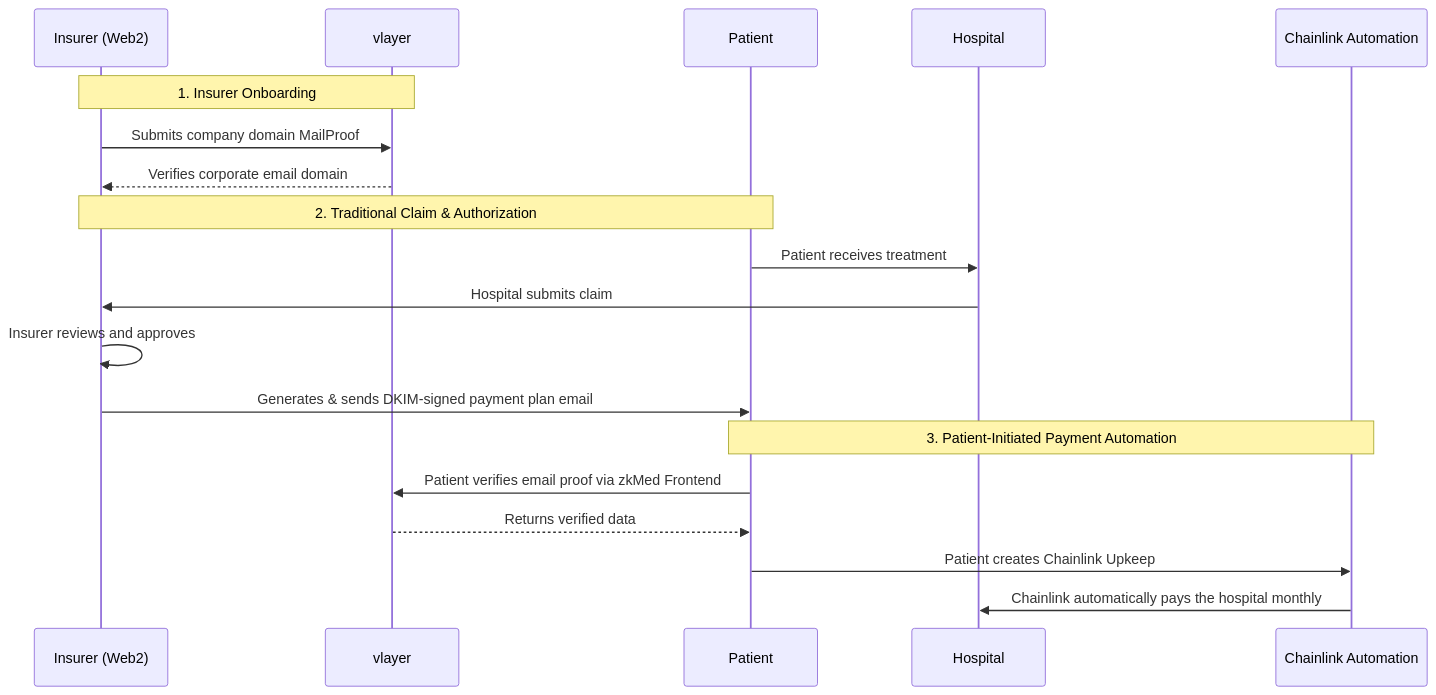
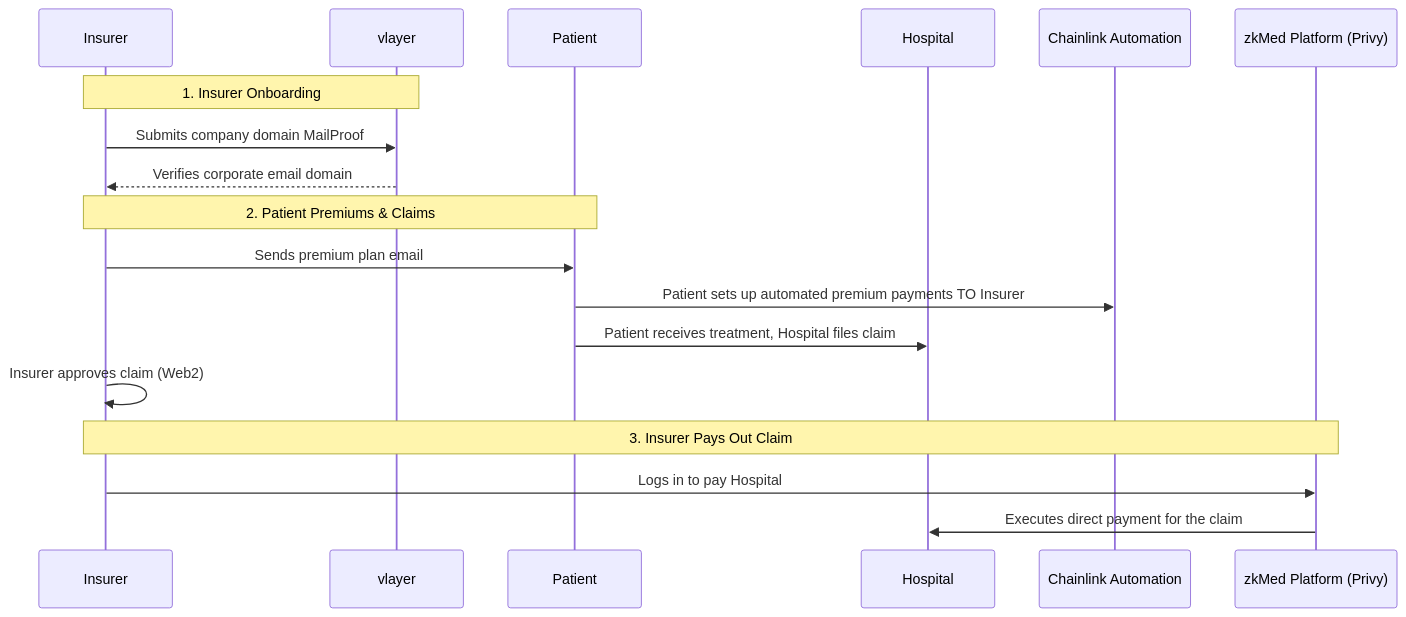
Before and after one commit to ppezzull/zkMed: the sixth of 6 diagrams in README.md, drawn with Mermaid. The commit also changed other lines of this file, not shown here.

````diff
--- a/README.md
+++ b/README.md
@@ -165,24 +187,23 @@
 ```mermaid
 sequenceDiagram
-    participant I as Insurer (Web2)
+    participant I as Insurer
     participant V as vlayer
     participant P as Patient
     participant H as Hospital
     participant C as Chainlink Automation
+    participant Privy as zkMed Platform (Privy)
 
     Note over I,V: 1. Insurer Onboarding
     I->>V: Submits company domain MailProof
     V-->>I: Verifies corporate email domain
 
-    Note over I,P: 2. Traditional Claim & Authorization
-    P->>H: Patient receives treatment
-    H->>I: Hospital submits claim
-    I->>I: Insurer reviews and approves
-    I->>P: Generates & sends DKIM-signed payment plan email
+    Note over I,P: 2. Patient Premiums & Claims
+    I->>P: Sends premium plan email
+    P->>C: Patient sets up automated premium payments TO Insurer
+    P->>H: Patient receives treatment, Hospital files claim
+    I->>I: Insurer approves claim (Web2)
 
-    Note over P,C: 3. Patient-Initiated Payment Automation
-    P->>V: Patient verifies email proof via zkMed Frontend
-    V-->>P: Returns verified data
-    P->>C: Patient creates Chainlink Upkeep
-    C->>H: Chainlink automatically pays the hospital monthly
+    Note over I,Privy: 3. Insurer Pays Out Claim
+    I->>Privy: Logs in to pay Hospital
+    Privy->>H: Executes direct payment for the claim
 ```
````
